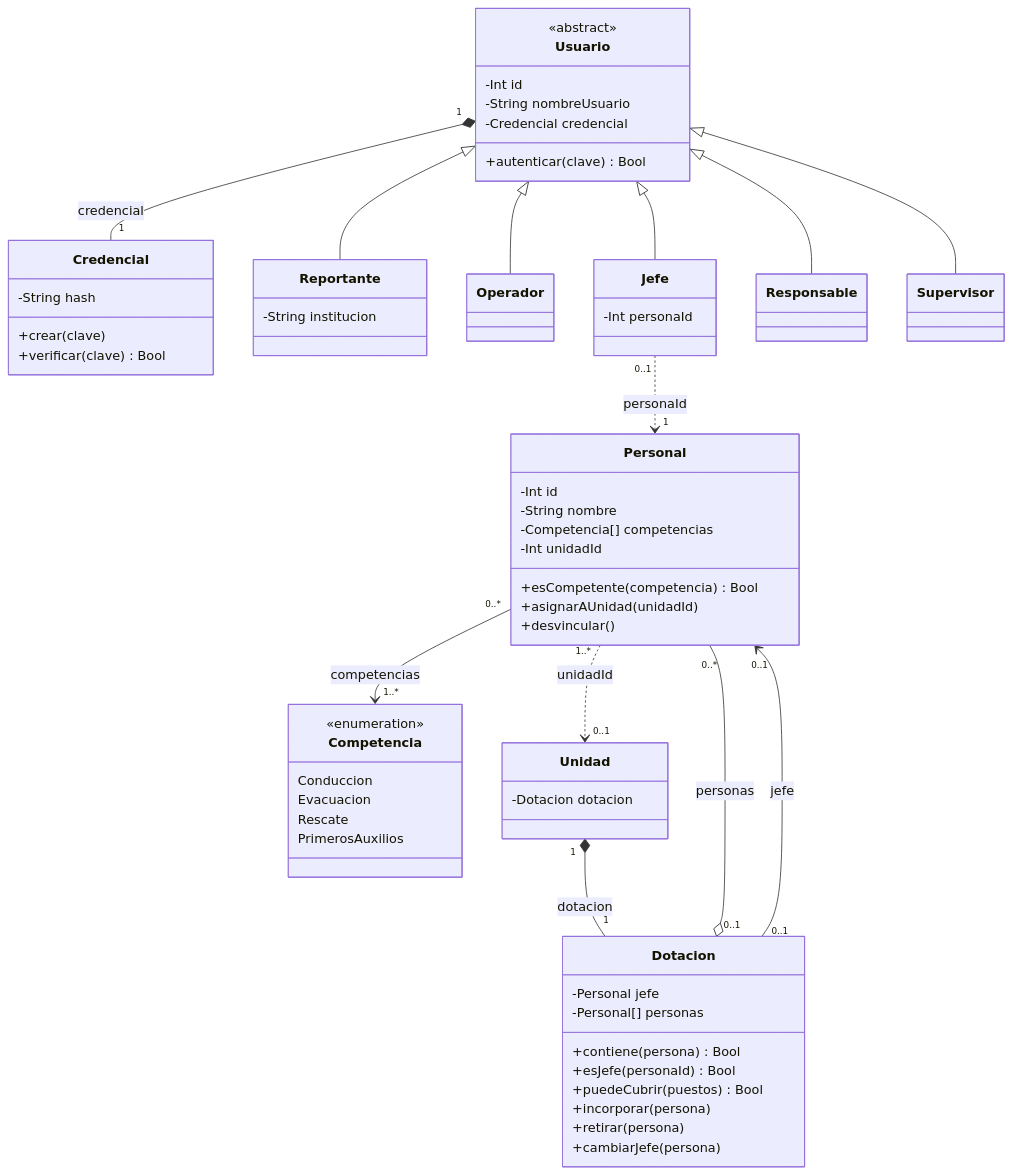
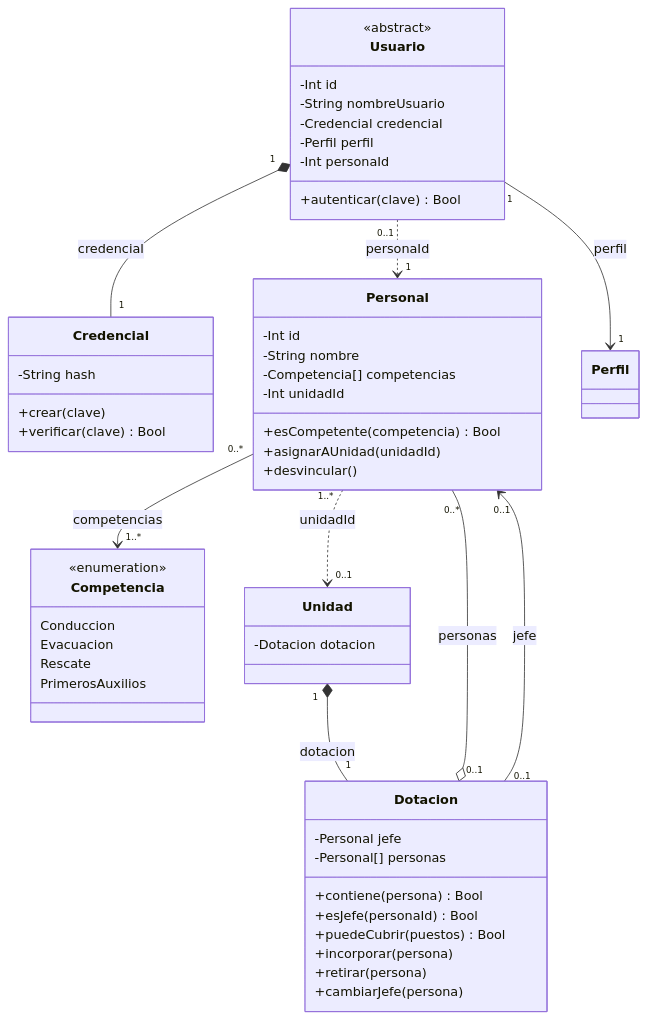
The second of 8 diagrams in docs/Clases_Propuestas.md (JazminLopezQB/Trabajo_Final_PP5), drawn with Mermaid before and after one commit. The commit also changed other lines of this file, not shown here.

Commit message:
Mejoras en el diseño de usuarios en Clases_Propuestas.md

````diff
--- a/docs/Clases_Propuestas.md
+++ b/docs/Clases_Propuestas.md
@@ -254,68 +239,58 @@
 ```mermaid
 classDiagram
     direction TB
 
     class Usuario {
         <<abstract>>
         -Int id
         -String nombreUsuario
         -Credencial credencial
+		-Perfil perfil
+		-Int personaId
         +autenticar(clave) Bool
     }
     class Credencial {
         -String hash
         +crear(clave)
         +verificar(clave) Bool
     }
-    class Reportante {
-        -String institucion
-    }
-    class Operador
-    class Jefe {
-        -Int personaId
-    }
-    class Responsable
-    class Supervisor
+   
     class Personal {
         -Int id
         -String nombre
         -Competencia[] competencias
         -Int unidadId
         +esCompetente(competencia) Bool
         +asignarAUnidad(unidadId)
         +desvincular()
     }
     class Dotacion {
         -Personal jefe
         -Personal[] personas
         +contiene(persona) Bool
         +esJefe(personaId) Bool
         +puedeCubrir(puestos) Bool
         +incorporar(persona)
         +retirar(persona)
         +cambiarJefe(persona)
     }
     class Competencia {
         <<enumeration>>
         Conduccion
         Evacuacion
         Rescate
         PrimerosAuxilios
     }
     class Unidad {
         -Dotacion dotacion
     }
 
-    Usuario <|-- Reportante
-    Usuario <|-- Operador
-    Usuario <|-- Jefe
-    Usuario <|-- Responsable
-    Usuario <|-- Supervisor
+    Usuario "0..1" ..> "1" Personal : personaId
     Usuario "1" *-- "1" Credencial : credencial
-    Jefe "0..1" ..> "1" Personal : personaId
+    Usuario "1" --> "1" Perfil: perfil
     Personal "0..*" --> "1..*" Competencia : competencias
     Personal "1..*" ..> "0..1" Unidad : unidadId
     Unidad "1" *-- "1" Dotacion : dotacion
     Dotacion "0..1" o-- "0..*" Personal : personas
     Dotacion "0..1" --> "0..1" Personal : jefe
 ```
````
